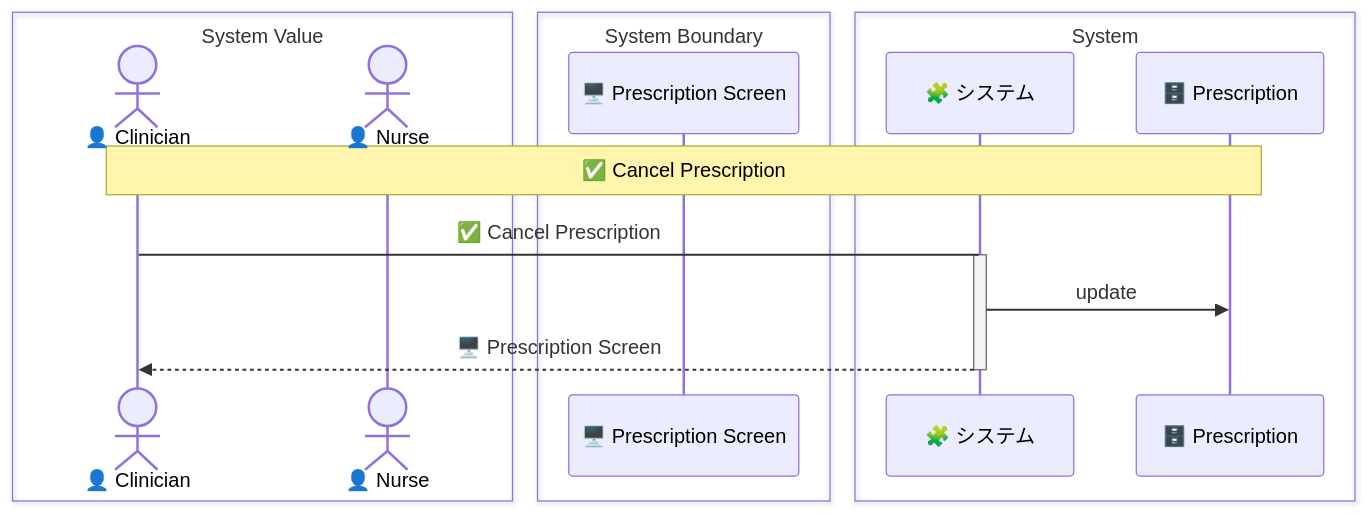
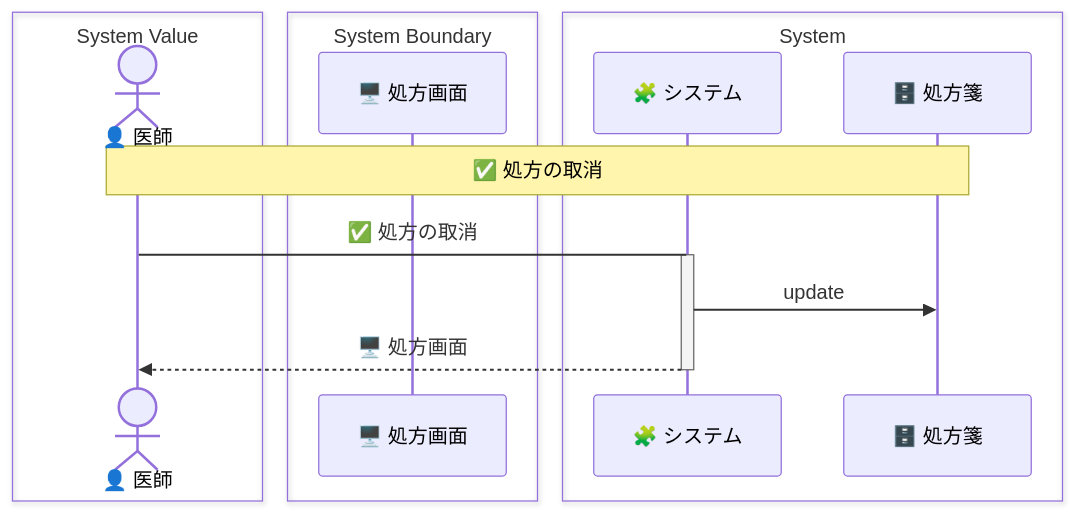
Before and after one commit to manji-0/rdra-ish-dsl: the diagram in samples/clinic-ops/out/uc/sequence_cancel_prescription.mmd, drawn with Mermaid. The commit also changed 138 other files, not shown here.

```diff
--- a/samples/clinic-ops/out/uc/sequence_cancel_prescription.mmd
+++ b/samples/clinic-ops/out/uc/sequence_cancel_prescription.mmd
@@ -1,19 +1,18 @@
 sequenceDiagram
   box System Value
-    actor Clinician as 👤 Clinician
-    actor Nurse as 👤 Nurse
+    actor Clinician as 👤 医師
   end
   box System Boundary
-    participant PrescriptionScreen as 🖥️ Prescription Screen
+    participant PrescriptionScreen as 🖥️ 処方画面
   end
   box System
     participant System as 🧩 システム
-    participant Prescription as 🗄️ Prescription
+    participant Prescription as 🗄️ 処方箋
   end
 
-  Note over Clinician,Prescription: ✅ Cancel Prescription
-  Clinician->System: ✅ Cancel Prescription
+  Note over Clinician,Prescription: ✅ 処方の取消
+  Clinician->System: ✅ 処方の取消
   activate System
   System->>Prescription: update
-  System-->>Clinician: 🖥️ Prescription Screen
+  System-->>Clinician: 🖥️ 処方画面
   deactivate System
```
